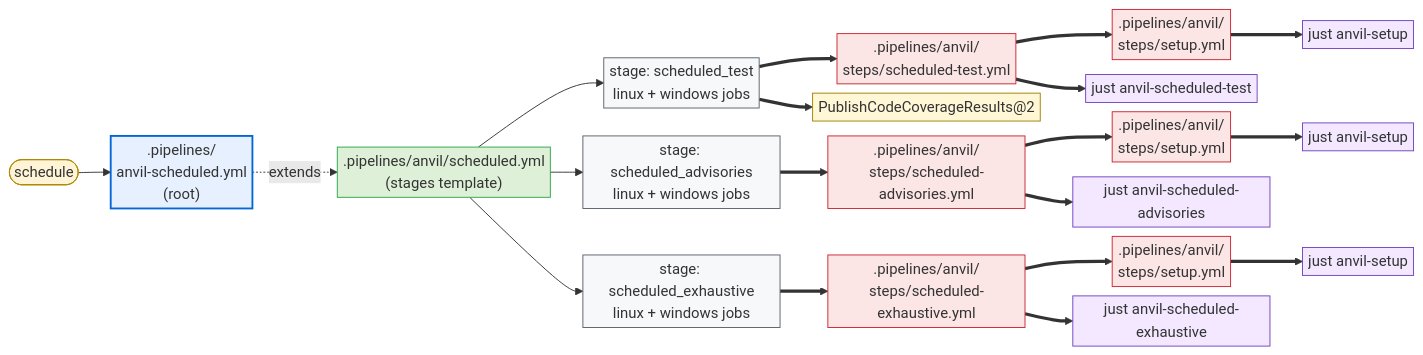
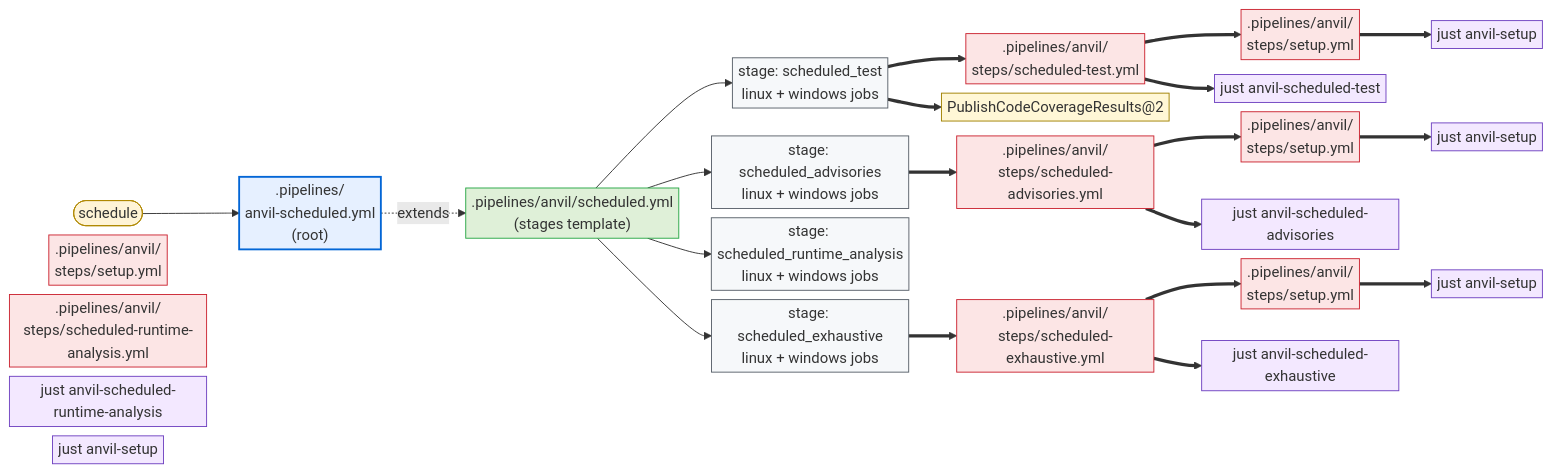
The second of 2 diagrams in crates/cargo-anvil/docs/design/ado.md (microsoft/ox-tools), drawn with Mermaid before and after one commit. The commit also changed other lines of this file and 180 other files, not shown here.

First line of the commit message:
feat(anvil): expanded check catalog, multi-region host files, and Windows/msrustup setup robustness (#48)

````diff
--- a/crates/cargo-anvil/docs/design/ado.md
+++ b/crates/cargo-anvil/docs/design/ado.md
@@ -122,53 +122,59 @@
 ```mermaid
 %%{init: {"flowchart": {"nodeSpacing": 10, "rankSpacing": 35, "padding": 3}, "themeVariables": {"fontSize": "16px"}}}%%
 flowchart LR
     sched_evt([schedule]):::trigger
     sched_root[".pipelines/<br/>anvil-scheduled.yml<br/>(root)"]:::root
     sched_stages[".pipelines/anvil/scheduled.yml<br/>(stages template)"]:::impl
     stest_s["stage: scheduled_test<br/>linux + windows jobs"]:::stage
     sadv_s["stage: scheduled_advisories<br/>linux + windows jobs"]:::stage
     sexh_s["stage: scheduled_exhaustive<br/>linux + windows jobs"]:::stage
+    srun_s["stage: scheduled_runtime_analysis<br/>linux + windows jobs"]:::stage
     stest_setup[".pipelines/anvil/<br/>steps/setup.yml"]:::step
     sadv_setup[".pipelines/anvil/<br/>steps/setup.yml"]:::step
+    srun_setup[".pipelines/anvil/<br/>steps/setup.yml"]:::step
     sexh_setup[".pipelines/anvil/<br/>steps/setup.yml"]:::step
     stest_step[".pipelines/anvil/<br/>steps/scheduled-test.yml"]:::step
     sadv_step[".pipelines/anvil/<br/>steps/scheduled-advisories.yml"]:::step
+    srun_step[".pipelines/anvil/<br/>steps/scheduled-runtime-analysis.yml"]:::step
     sexh_step[".pipelines/anvil/<br/>steps/scheduled-exhaustive.yml"]:::step
     publish_coverage["PublishCodeCoverageResults@2"]:::external
     stest_just["just anvil-scheduled-test"]:::recipe
     stest_setup_just["just anvil-setup"]:::recipe
     sadv_just["just anvil-scheduled-advisories"]:::recipe
     sadv_setup_just["just anvil-setup"]:::recipe
+    srun_just["just anvil-scheduled-runtime-analysis"]:::recipe
+    srun_setup_just["just anvil-setup"]:::recipe
     sexh_just["just anvil-scheduled-exhaustive"]:::recipe
     sexh_setup_just["just anvil-setup"]:::recipe
 
     sched_evt --> sched_root
     sched_root -. extends .-> sched_stages
     sched_stages --> stest_s
     sched_stages --> sadv_s
+    sched_stages --> srun_s
     sched_stages --> sexh_s
 
     stest_s ==> stest_step
     stest_s ==> publish_coverage
     sadv_s ==> sadv_step
     sexh_s ==> sexh_step
 
     stest_step ==> stest_setup
     stest_step ==> stest_just
     sadv_step ==> sadv_setup
     sadv_step ==> sadv_just
     sexh_step ==> sexh_setup
     sexh_step ==> sexh_just
 
     stest_setup ==> stest_setup_just
     sadv_setup ==> sadv_setup_just
     sexh_setup ==> sexh_setup_just
 
     classDef trigger fill:#fff4d6,stroke:#b08800,stroke-width:1px;
     classDef root fill:#e6f0ff,stroke:#0366d6,stroke-width:2px;
     classDef impl fill:#dff0d8,stroke:#28a745,stroke-width:1px;
     classDef stage fill:#f6f8fa,stroke:#586069,stroke-width:1px;
     classDef step fill:#fce5e5,stroke:#cb2431,stroke-width:1px;
     classDef external fill:#fff7d6,stroke:#a08000,stroke-width:1px;
     classDef recipe fill:#f3e8ff,stroke:#6f42c1,stroke-width:1px;
 ```
````
